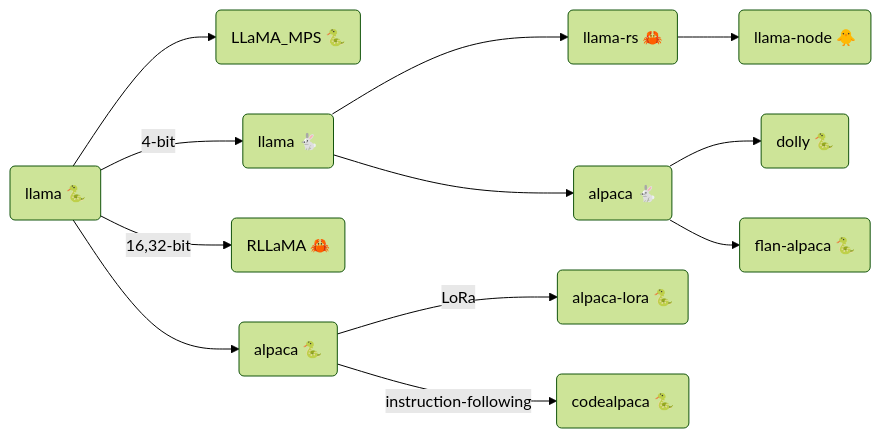
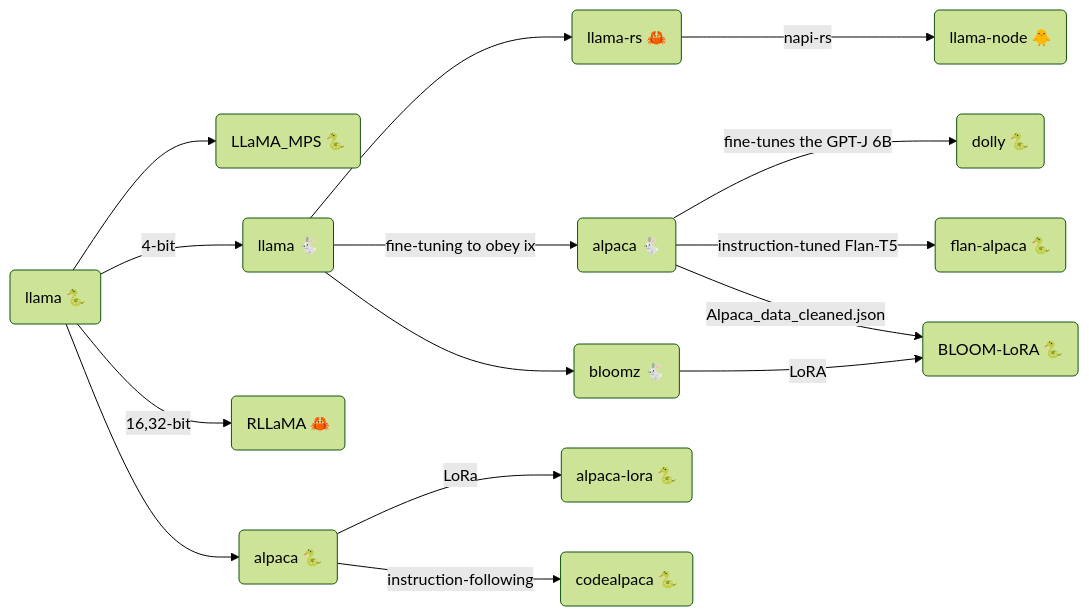
The second of 3 diagrams in src/ml/llama.md (gist-rs/book), drawn with Mermaid (forest theme) before and after one commit. The commit also changed other lines of this file, not shown here.

````diff
--- a/src/ml/llama.md
+++ b/src/ml/llama.md
@@ -66,13 +66,16 @@
 ```mermaid
 graph LR;
 A --> AA("LLaMA_MPS 🐍")
 A("llama 🐍") --"4-bit"--> B("llama 🐇")
 B --> C("llama-rs 🦀")
 A --"16,32-bit"--> CC("RLLaMA 🦀")
-C --> I("llama-node 🐥")
-B --> D("alpaca 🐇")
+C --"napi-rs"--> I("llama-node 🐥")
+B --"fine-tuning to obey ix"--> D("alpaca 🐇")
 A --> E("alpaca 🐍") --LoRa--> F("alpaca-lora 🐍")
 E --instruction-following--> H("codealpaca 🐍")
-D --> DD("dolly 🐍")
-D --> DDD("flan-alpaca 🐍")
+D --"fine-tunes the GPT-J 6B"--> DD("dolly 🐍")
+D --"instruction-tuned Flan-T5"--> DDD("flan-alpaca 🐍")
+B --> BB("bloomz 🐇")
+BB --LoRA--> DDDD("BLOOM-LoRA 🐍")
+D --Alpaca_data_cleaned.json--> DDDD("BLOOM-LoRA 🐍")
 ```
````
